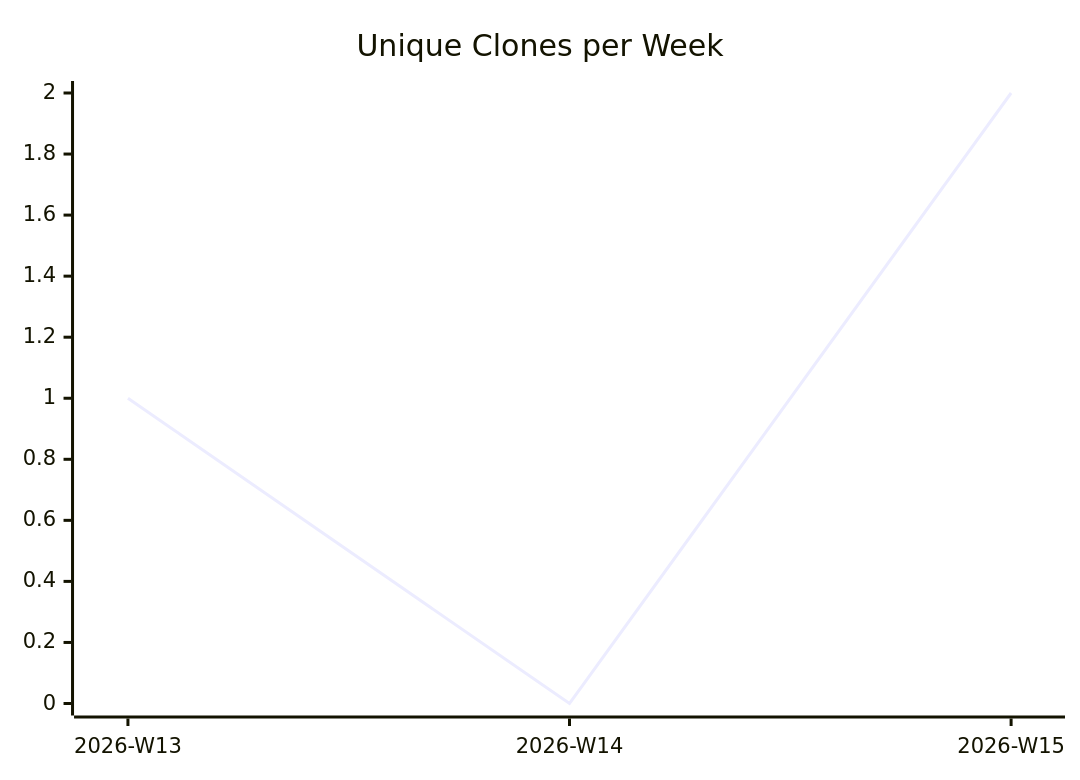
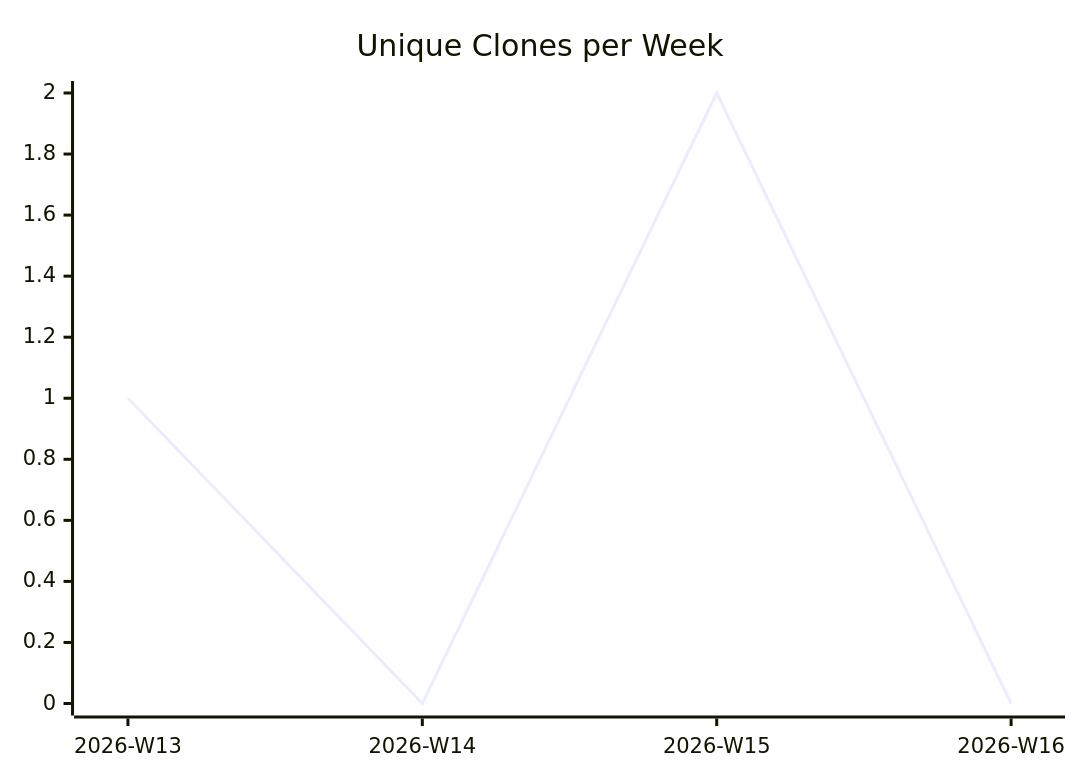
Before and after one commit to justdavis-family/github-analytics-data: the third of 3 diagrams in karlmdavis/puppet-archive/README.md, drawn with Mermaid. The commit also changed other lines of this file and 176 other files, not shown here.

````diff
--- a/karlmdavis/puppet-archive/README.md
+++ b/karlmdavis/puppet-archive/README.md
@@ -19,6 +19,6 @@
 ```mermaid
 xychart-beta
   title "Unique Clones per Week"
-  x-axis ["2026-W13", "2026-W14", "2026-W15"]
-  line [1, 0, 2]
+  x-axis ["2026-W13", "2026-W14", "2026-W15", "2026-W16"]
+  line [1, 0, 2, 0]
 ```
````
